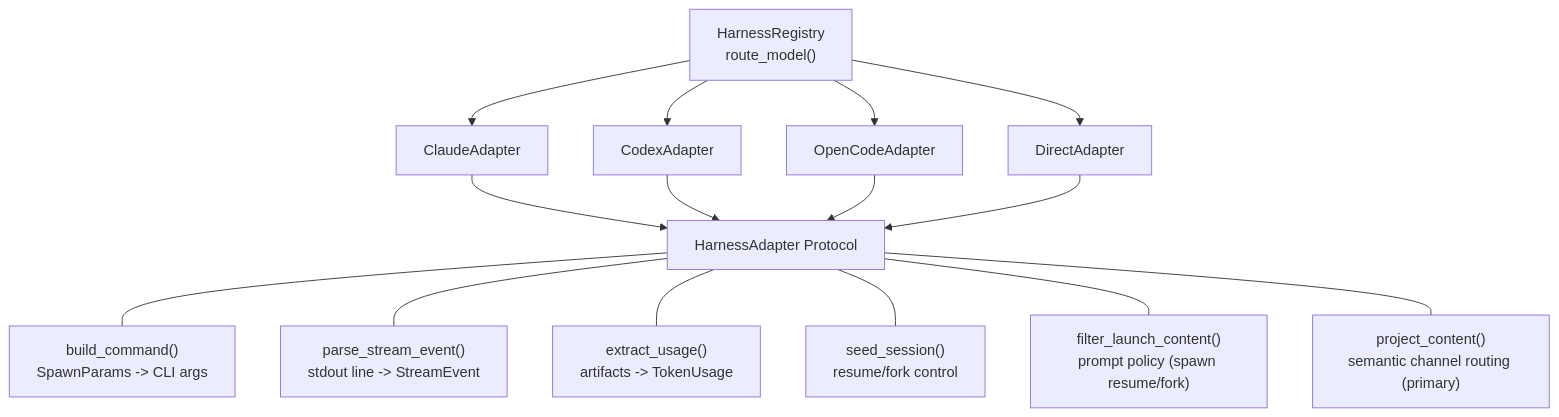
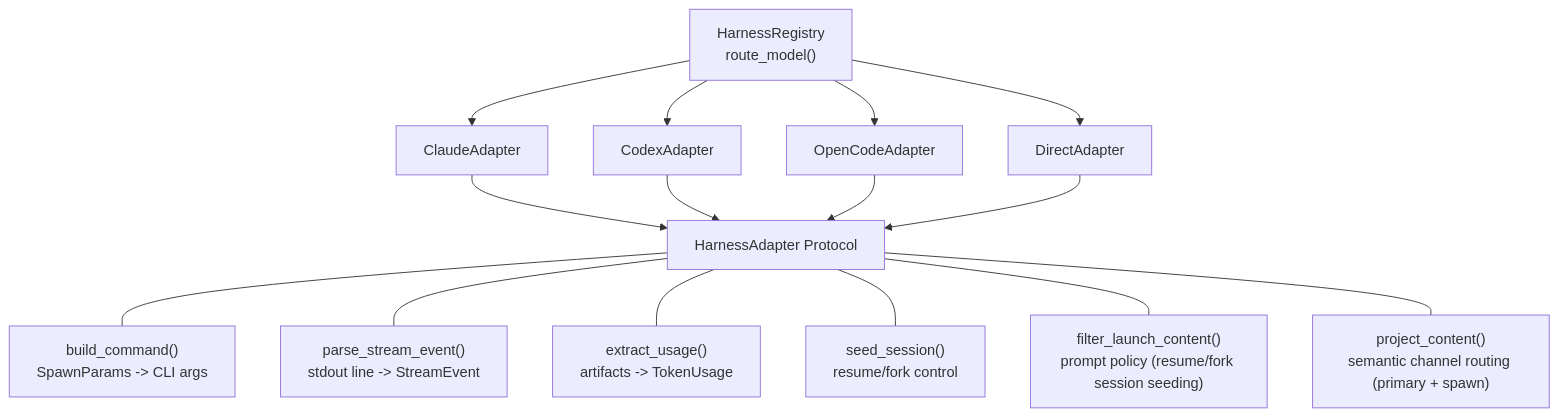
One commit to haowjy/meridian-channel changed the sixth of 8 diagrams in docs/_internal/ARCHITECTURE.md. Above: the diagram before and after it, drawn with Mermaid. The commit also changed other lines of this file and 1 other file, not shown here.

First line of the commit message:
docs: correct stale internal docs after spawn projection refactor

````diff
--- a/docs/_internal/ARCHITECTURE.md
+++ b/docs/_internal/ARCHITECTURE.md
@@ -300,19 +300,19 @@
 ```mermaid
 graph TD
     Registry["HarnessRegistry<br/>route_model()"] --> CA["ClaudeAdapter"]
     Registry --> CX["CodexAdapter"]
     Registry --> OC["OpenCodeAdapter"]
     Registry --> DA["DirectAdapter"]
 
     CA --> Proto["HarnessAdapter Protocol"]
     CX --> Proto
     OC --> Proto
     DA --> Proto
 
     Proto --- BC["build_command()<br/>SpawnParams -> CLI args"]
     Proto --- PS["parse_stream_event()<br/>stdout line -> StreamEvent"]
     Proto --- EU["extract_usage()<br/>artifacts -> TokenUsage"]
     Proto --- SS["seed_session()<br/>resume/fork control"]
-    Proto --- FC["filter_launch_content()<br/>prompt policy (spawn resume/fork)"]
-    Proto --- PC["project_content()<br/>semantic channel routing (primary)"]
+    Proto --- FC["filter_launch_content()<br/>prompt policy (resume/fork session seeding)"]
+    Proto --- PC["project_content()<br/>semantic channel routing (primary + spawn)"]
 ```
````
